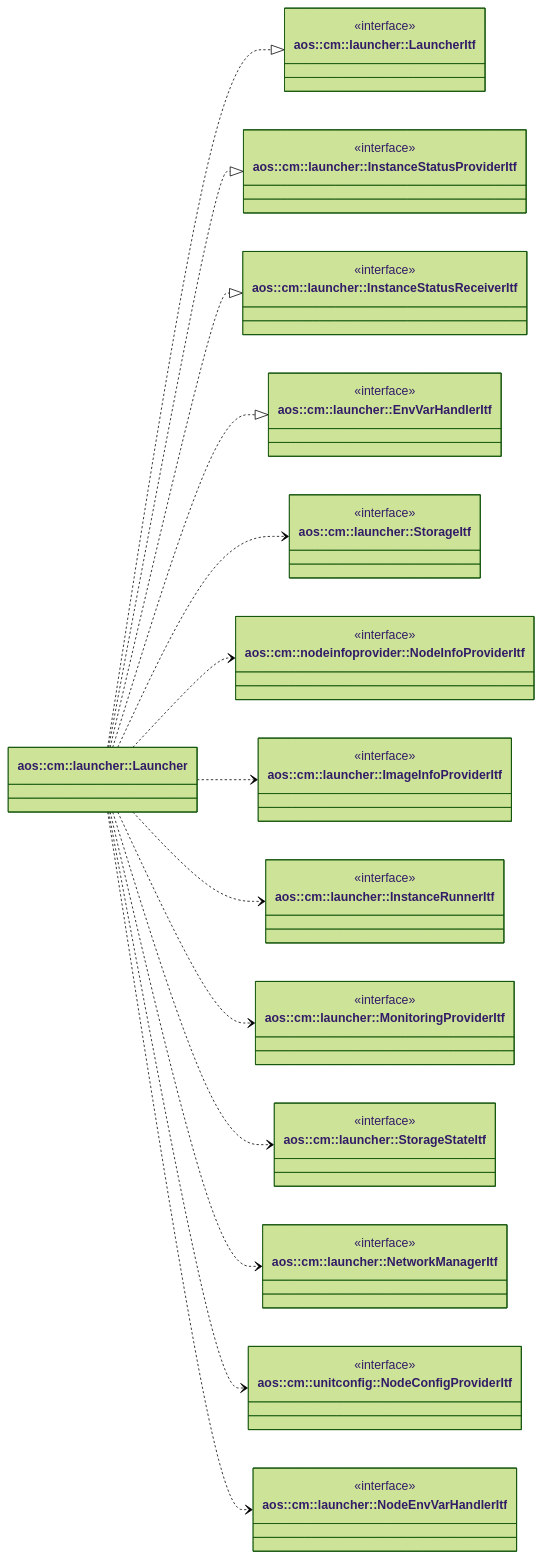
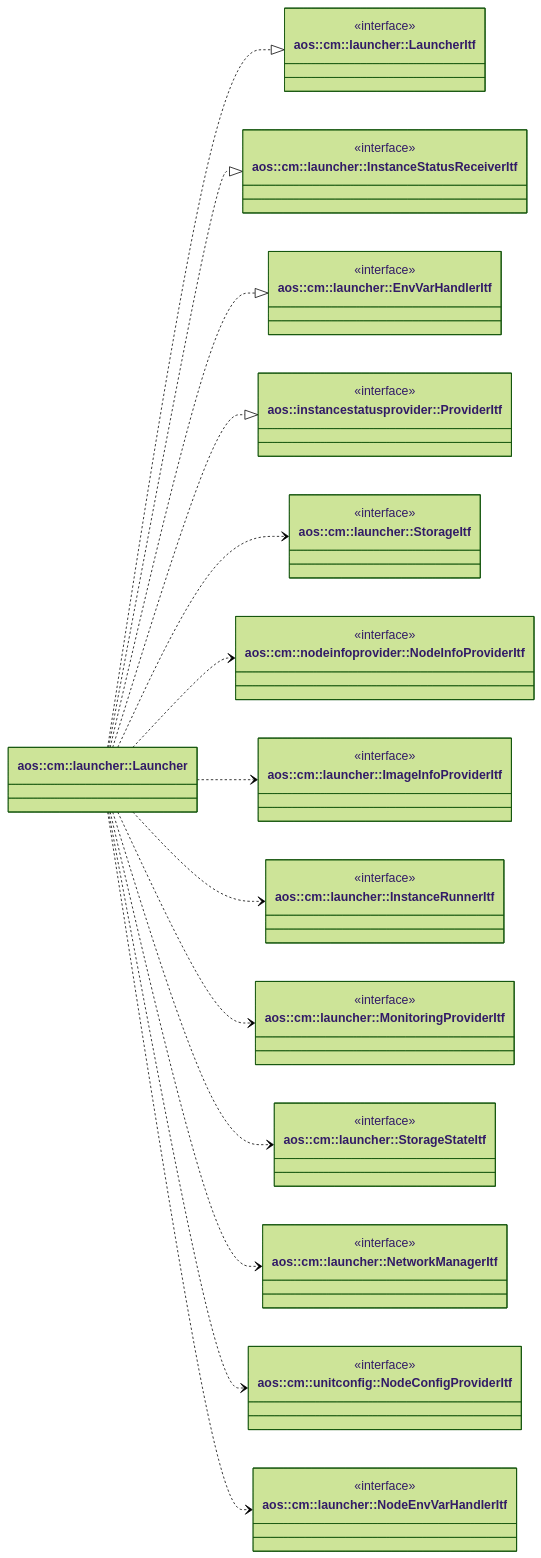
The first of 4 diagrams in src/core/cm/launcher/launcher.md (aosedge/aos_core_lib_cpp), drawn with Mermaid (forest theme) before and after one commit. The commit also changed other lines of this file and 24 other files, not shown here.

Commit message:
common: instancestatusprovider: move instance status provider to common

````diff
--- a/src/core/cm/launcher/launcher.md
+++ b/src/core/cm/launcher/launcher.md
@@ -34,74 +34,74 @@
 ```mermaid
 classDiagram
     direction LR
 
     class Launcher["aos::cm::launcher::Launcher"] {
     }
 
     class LauncherItf["aos::cm::launcher::LauncherItf"] {
         <<interface>>
     }
 
-    class InstanceStatusProviderItf["aos::cm::launcher::InstanceStatusProviderItf"] {
-        <<interface>>
-    }
-
     class InstanceStatusReceiverItf["aos::cm::launcher::InstanceStatusReceiverItf"] {
         <<interface>>
     }
 
     class EnvVarHandlerItf["aos::cm::launcher::EnvVarHandlerItf"] {
+        <<interface>>
+    }
+
+    class InstanceStatusProviderItf["aos::instancestatusprovider::ProviderItf"] {
         <<interface>>
     }
 
     class StorageItf["aos::cm::launcher::StorageItf"] {
         <<interface>>
     }
 
     class NodeInfoProviderItf["aos::cm::nodeinfoprovider::NodeInfoProviderItf"] {
         <<interface>>
     }
 
     class ImageInfoProviderItf ["aos::cm::launcher::ImageInfoProviderItf"] {
         <<interface>>
     }
 
     class InstanceRunnerItf ["aos::cm::launcher::InstanceRunnerItf"] {
         <<interface>>
     }
 
     class MonitoringProviderItf ["aos::cm::launcher::MonitoringProviderItf"] {
         <<interface>>
     }
 
     class StorageStateItf ["aos::cm::launcher::StorageStateItf"] {
         <<interface>>
     }
 
     class NetworkManagerItf ["aos::cm::launcher::NetworkManagerItf"] {
         <<interface>>
     }
 
     class NodeConfigProviderItf ["aos::cm::unitconfig::NodeConfigProviderItf"] {
         <<interface>>
     }
 
     class NodeEnvVarHandlerItf ["aos::cm::launcher::NodeEnvVarHandlerItf"] {
         <<interface>>
     }
 
     Launcher ..|> LauncherItf
-    Launcher ..|> InstanceStatusProviderItf
     Launcher ..|> InstanceStatusReceiverItf
     Launcher ..|> EnvVarHandlerItf
+    Launcher ..|> InstanceStatusProviderItf
 
     Launcher ..> StorageItf
     Launcher ..> NodeInfoProviderItf
     Launcher ..> ImageInfoProviderItf
     Launcher ..> InstanceRunnerItf
     Launcher ..> MonitoringProviderItf
     Launcher ..> StorageStateItf
     Launcher ..> NetworkManagerItf
     Launcher ..> NodeConfigProviderItf
     Launcher ..> NodeEnvVarHandlerItf
 ```
````
